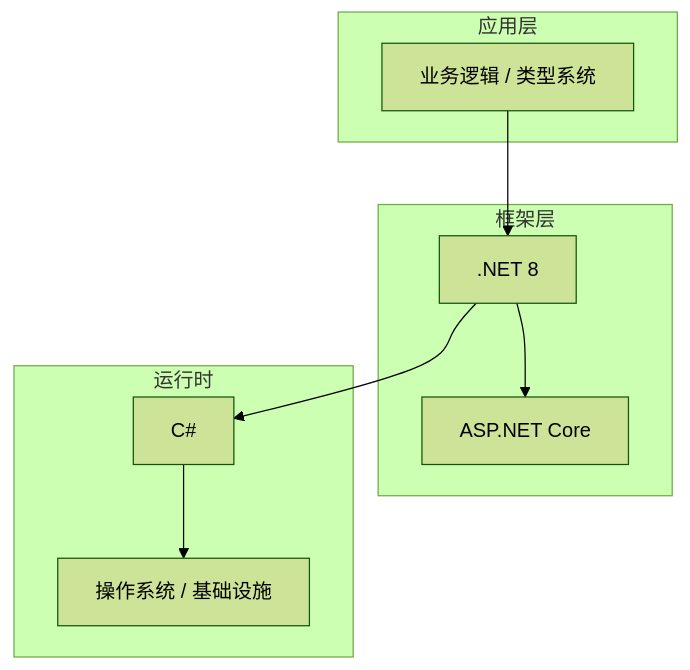
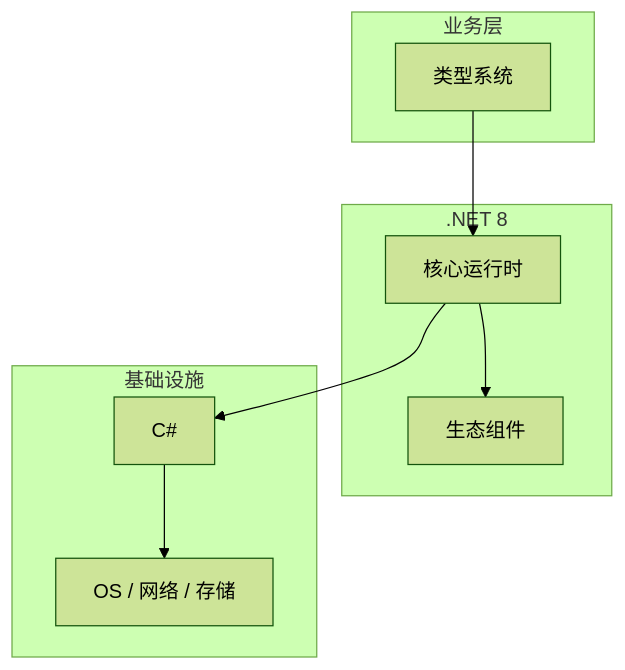
Before and after one commit to yanggan2015/knowledge-json-v2: the diagram in articles/C#/chapters/008-类型系统核心概念与原理.md, drawn with Mermaid (forest theme). The commit also changed other lines of this file and 10127 other files, not shown here.

````diff
--- a/articles/C#/chapters/008-类型系统核心概念与原理.md
+++ b/articles/C#/chapters/008-类型系统核心概念与原理.md
@@ -45,18 +34,18 @@
 ```mermaid
 graph TB
-    subgraph 应用层
-        A[业务逻辑 / 类型系统]
+    subgraph 业务层
+        A[类型系统]
     end
-    subgraph 框架层
-        B[.NET 8]
-        C[ASP.NET Core]
+    subgraph .NET 8
+        B[核心运行时]
+        C[生态组件]
     end
-    subgraph 运行时
+    subgraph 基础设施
         D[C#]
-        E[操作系统 / 基础设施]
+        E[OS / 网络 / 存储]
     end
     A --> B
     B --> C
     B --> D
     D --> E
 ```
````
